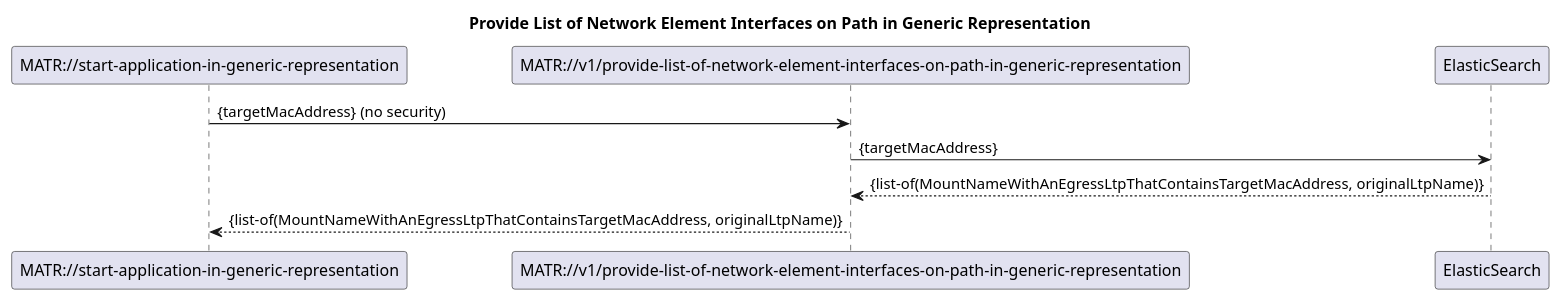
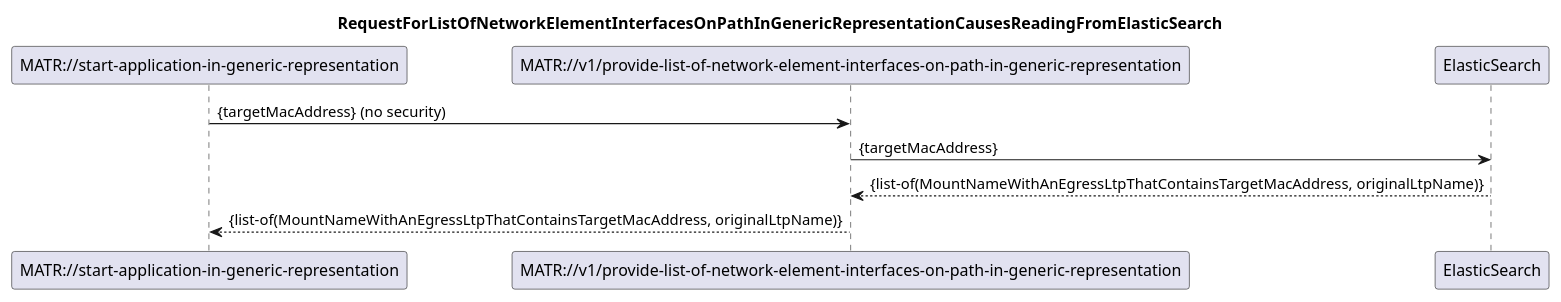
One commit to openBackhaul/MacAddressTableRecorder changed the diagram in spec/diagrams/06x_ProvideListOfNetworkElementInterfacesOnPathInGeneric.plantuml. Above: the diagram before and after it, drawn with PlantUML. The commit also changed 18 other files, not shown here.

```diff
--- a/spec/diagrams/06x_ProvideListOfNetworkElementInterfacesOnPathInGeneric.plantuml
+++ b/spec/diagrams/06x_ProvideListOfNetworkElementInterfacesOnPathInGeneric.plantuml
@@ -1,16 +1,16 @@
 @startuml 06x_ProvideListOfNetworkElementInterfacesOnPathInGeneric
 skinparam responseMessageBelowArrow true
 
-title Provide List of Network Element Interfaces on Path in Generic Representation
+title RequestForListOfNetworkElementInterfacesOnPathInGenericRepresentationCausesReadingFromElasticSearch
 
 participant "MATR://start-application-in-generic-representation"
 participant "MATR://v1/provide-list-of-network-element-interfaces-on-path-in-generic-representation"
 
 "MATR://start-application-in-generic-representation" -> "MATR://v1/provide-list-of-network-element-interfaces-on-path-in-generic-representation": {targetMacAddress} (no security)
 
 "MATR://v1/provide-list-of-network-element-interfaces-on-path-in-generic-representation" -> "ElasticSearch": {targetMacAddress}
 "ElasticSearch" --> "MATR://v1/provide-list-of-network-element-interfaces-on-path-in-generic-representation": {list-of(MountNameWithAnEgressLtpThatContainsTargetMacAddress, originalLtpName)}
 
 "MATR://v1/provide-list-of-network-element-interfaces-on-path-in-generic-representation" --> "MATR://start-application-in-generic-representation": {list-of(MountNameWithAnEgressLtpThatContainsTargetMacAddress, originalLtpName)}
 
 @enduml
```
